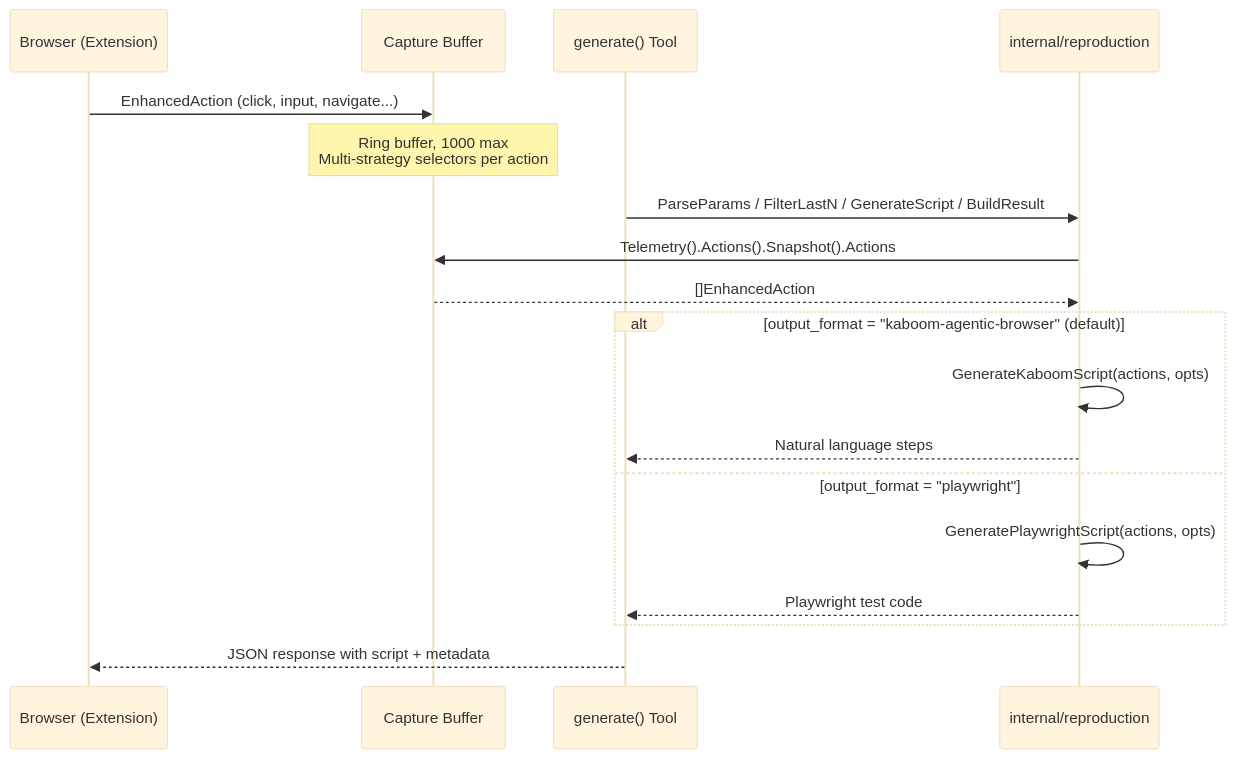
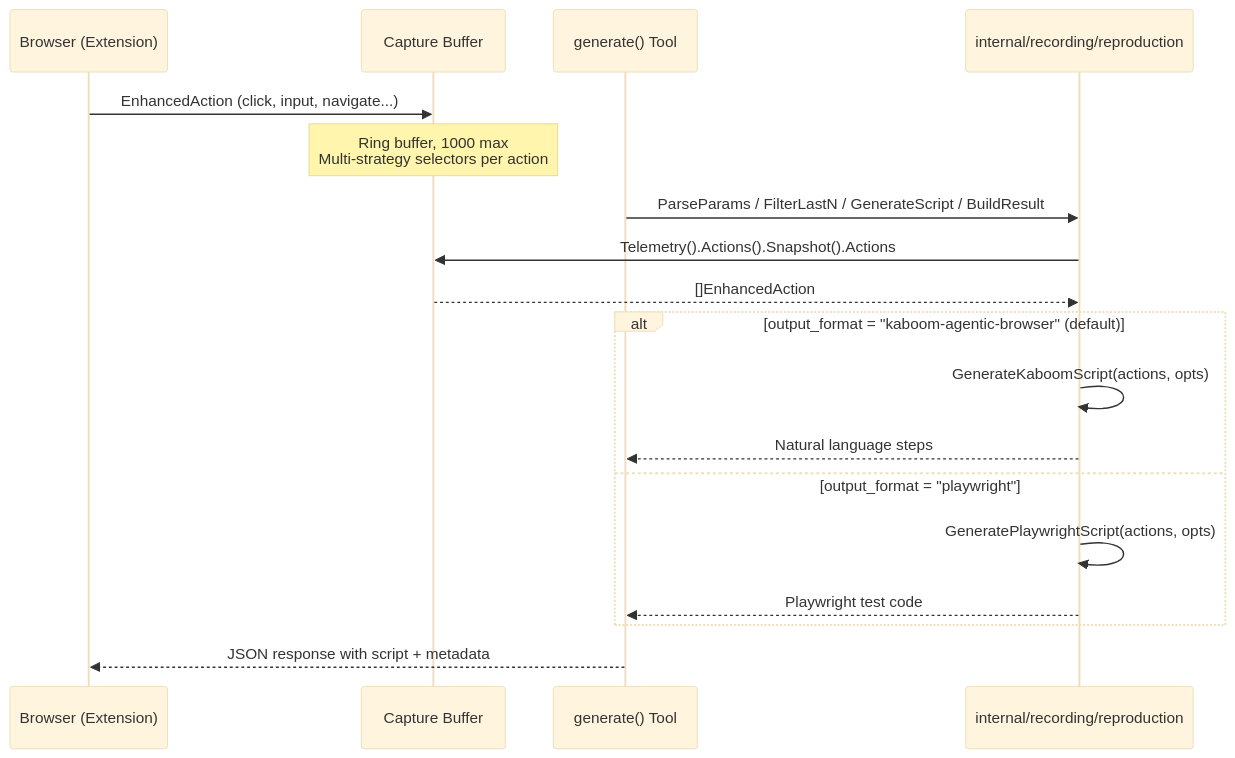
The diagram in docs/features/feature/reproduction-scripts/tech-spec.md (brennhill/Kaboom-Browser-AI-Devtools-MCP), drawn with Mermaid (base theme) before and after one commit. The commit also changed other lines of this file and 2067 other files, not shown here.

````diff
--- a/docs/features/feature/reproduction-scripts/tech-spec.md
+++ b/docs/features/feature/reproduction-scripts/tech-spec.md
@@ -26,24 +26,24 @@
 ```mermaid
 sequenceDiagram
     participant Browser as Browser (Extension)
     participant Capture as Capture Buffer
     participant Generate as generate() Tool
-    participant Script as internal/reproduction
+    participant Script as internal/recording/reproduction
 
     Browser->>Capture: EnhancedAction (click, input, navigate...)
     Note over Capture: Ring buffer, 1000 max<br/>Multi-strategy selectors per action
 
     Generate->>Script: ParseParams / FilterLastN / GenerateScript / BuildResult
     Script->>Capture: Telemetry().Actions().Snapshot().Actions
     Capture-->>Script: []EnhancedAction
 
     alt output_format = "kaboom-agentic-browser" (default)
         Script->>Script: GenerateKaboomScript(actions, opts)
         Script-->>Generate: Natural language steps
     else output_format = "playwright"
         Script->>Script: GeneratePlaywrightScript(actions, opts)
         Script-->>Generate: Playwright test code
     end
 
     Generate-->>Browser: JSON response with script + metadata
 ```
````
